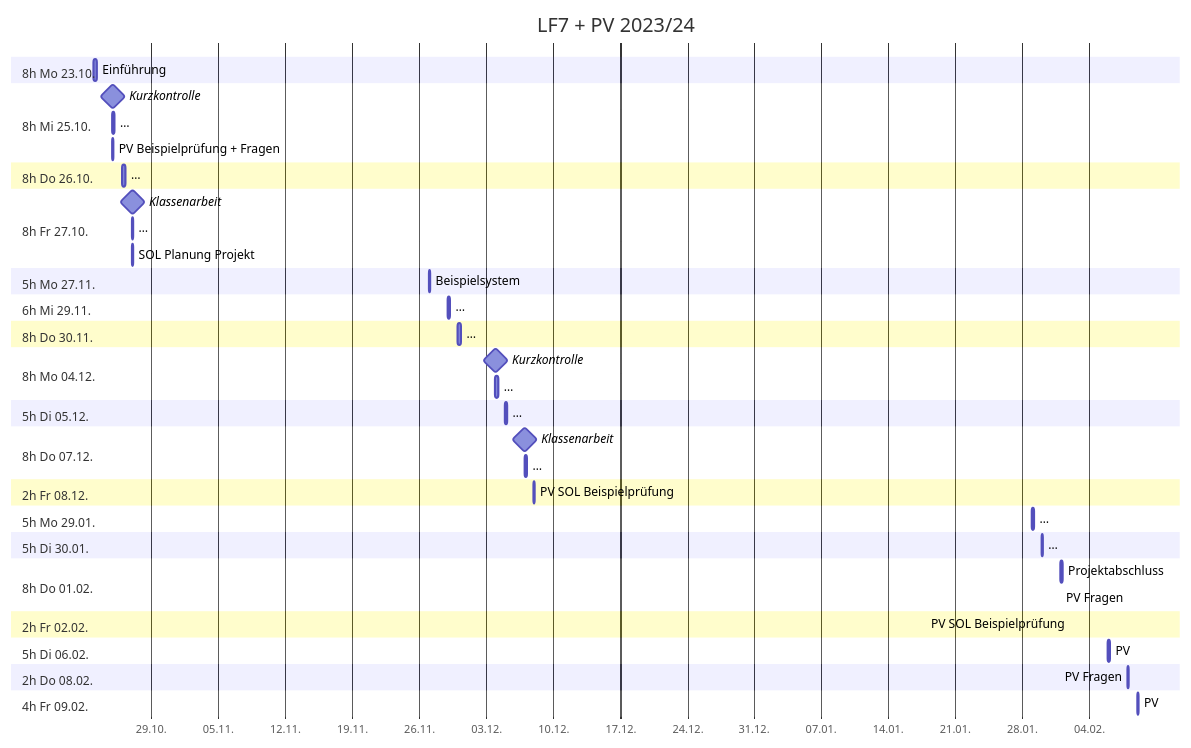
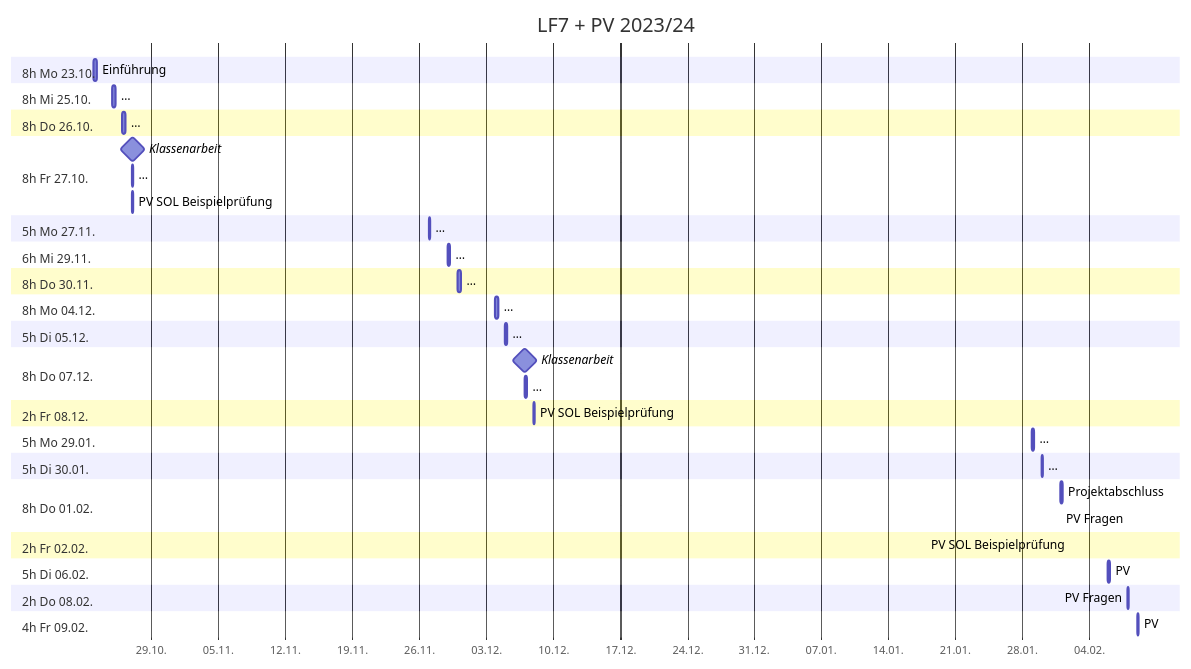
One commit to passa-wq/LF7 changed the diagram in src/plan.md. Above: the diagram before and after it, drawn with Mermaid. The commit also changed other lines of this file and 3 other files, not shown here.

````diff
--- a/src/plan.md
+++ b/src/plan.md
@@ -5,49 +5,46 @@
 ```mermaid
 gantt
  title LF7 + PV 2023/24
  dateFormat YYYY-MM-DD
  axisFormat %d.%m.
  section 8h Mo 23.10.
   Einführung                  :2023-10-23, 8h
  section 8h Mi 25.10.
-  Kurzkontrolle               :milestone, 2023-10-25, 1h
-  …                           :2023-10-25, 5h
-  PV Beispielprüfung + Fragen :2023-10-25, 3h
+  …                           :2023-10-25, 8h
  section 8h Do 26.10.
   …                           :2023-10-26, 8h
  section 8h Fr 27.10.
   Klassenarbeit               :milestone, 2023-10-27, 2h
   …                           :2023-10-27, 4h
-  SOL Planung Projekt         :2023-10-27, 2h
+  PV SOL Beispielprüfung      :2023-10-27, 2h
  section 5h Mo 27.11.
-  Beispielsystem              :2023-11-27, 5h
+  …                           :2023-11-27, 5h
  section 6h Mi 29.11.
   …                           :2023-11-29, 6h
  section 8h Do 30.11.
   …                           :2023-11-30, 8h
  section 8h Mo 04.12.
-  Kurzkontrolle               :milestone, 2023-12-04, 1h
   …                           :2023-12-04, 7h
  section 5h Di 05.12.
   …                           :2023-12-05, 5h
  section 8h Do 07.12.
   Klassenarbeit               :milestone, 2023-12-07, 2h
   …                           :2023-12-07, 6h
  section 2h Fr 08.12.
   PV SOL Beispielprüfung      :2023-12-08, 2h
  section 5h Mo 29.01.
   …                           :2024-01-29, 5h
  section 5h Di 30.01.
   …                           :2024-01-30, 5h
  section 8h Do 01.02.
   Projektabschluss            :2024-02-01, 7h
   PV Fragen                   :2024-02-01, 1h
  section 2h Fr 02.02.
   PV SOL Beispielprüfung      :2024-02-02, 2h
  section 5h Di 06.02.
   PV                          :2024-02-06, 5h
  section 2h Do 08.02.
   PV Fragen                   :2024-02-08, 2h
  section 4h Fr 09.02.
   PV                          :2024-02-09, 4h
 ```
````
